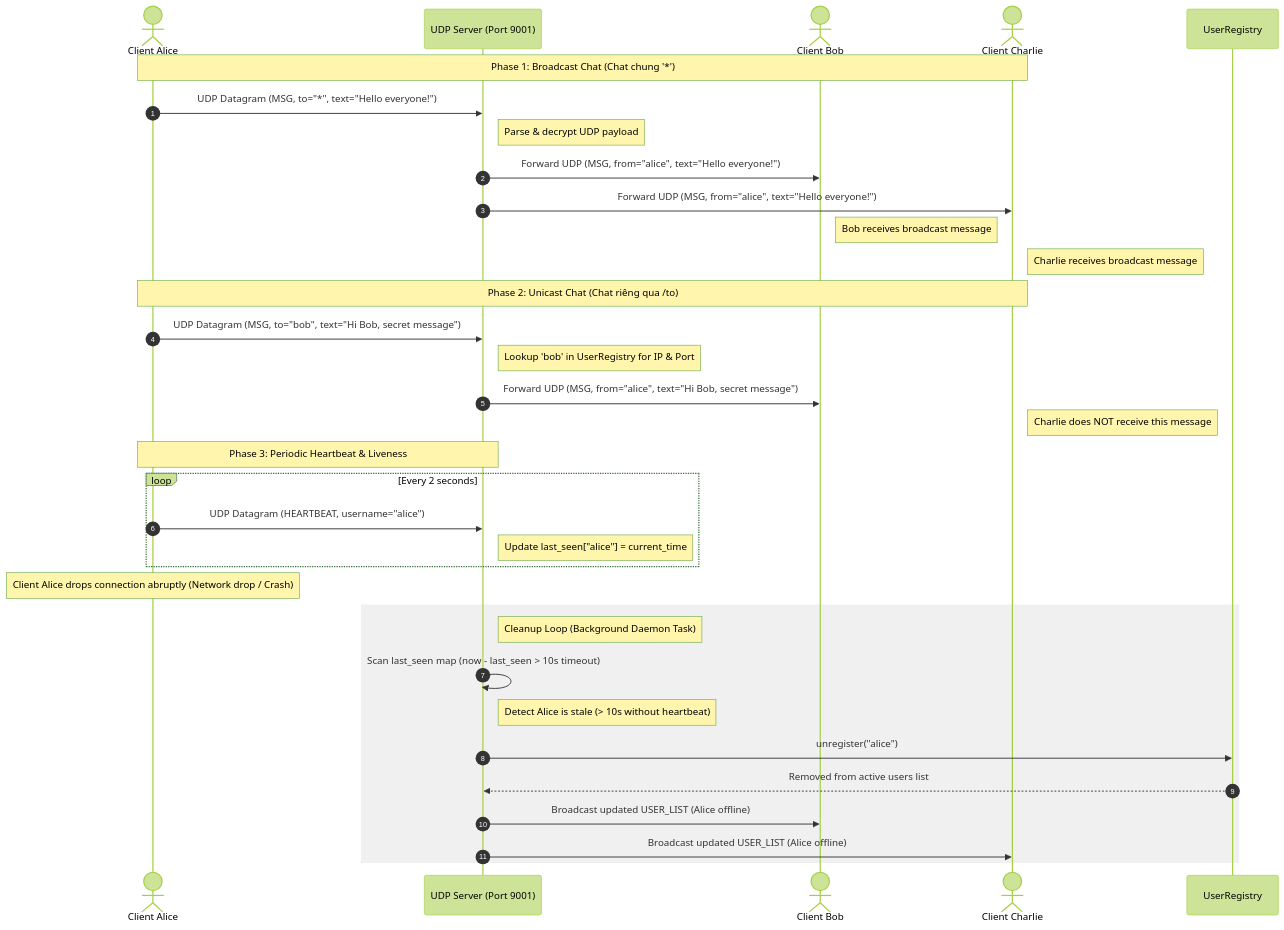
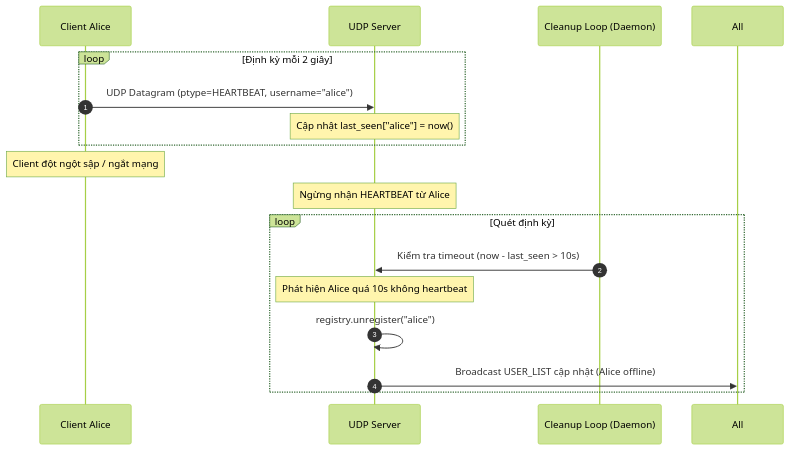
Before and after one commit to Smokiestfox/networking-app-assignment: the eighth of 8 diagrams in docs/protocol.md, drawn with Mermaid (forest theme). The commit also changed other lines of this file, not shown here.

````diff
--- a/docs/protocol.md
+++ b/docs/protocol.md
@@ -355,41 +384,22 @@
 ```mermaid
 sequenceDiagram
     autonumber
-    actor Alice as Client Alice
-    participant Server as UDP Server (Port 9001)
-    actor Bob as Client Bob
-    actor Charlie as Client Charlie
-    participant UserRegistry
+    participant Client as Client Alice
+    participant Server as UDP Server
+    participant CleanThread as Cleanup Loop (Daemon)
 
-    Note over Alice,Charlie: Phase 1: Broadcast Chat (Chat chung '*')
-    Alice->>Server: UDP Datagram (MSG, to="*", text="Hello everyone!")
-    Note right of Server: Parse & decrypt UDP payload
-    Server->>Bob: Forward UDP (MSG, from="alice", text="Hello everyone!")
-    Server->>Charlie: Forward UDP (MSG, from="alice", text="Hello everyone!")
-    Note right of Bob: Bob receives broadcast message
-    Note right of Charlie: Charlie receives broadcast message
-
-    Note over Alice,Charlie: Phase 2: Unicast Chat (Chat riêng qua /to)
-    Alice->>Server: UDP Datagram (MSG, to="bob", text="Hi Bob, secret message")
-    Note right of Server: Lookup 'bob' in UserRegistry for IP & Port
-    Server->>Bob: Forward UDP (MSG, from="alice", text="Hi Bob, secret message")
-    Note right of Charlie: Charlie does NOT receive this message
-
-    Note over Alice,Server: Phase 3: Periodic Heartbeat & Liveness
-    loop Every 2 seconds
-        Alice->>Server: UDP Datagram (HEARTBEAT, username="alice")
-        Note right of Server: Update last_seen["alice"] = current_time
+    loop Định kỳ mỗi 2 giây
+        Client->>Server: UDP Datagram (ptype=HEARTBEAT, username="alice")
+        Note over Server: Cập nhật last_seen["alice"] = now()
     end
 
-    Note over Alice: Client Alice drops connection abruptly (Network drop / Crash)
-    
-    rect rgb(240, 240, 240)
-        Note right of Server: Cleanup Loop (Background Daemon Task)
-        Server->>Server: Scan last_seen map (now - last_seen > 10s timeout)
-        Note right of Server: Detect Alice is stale (> 10s without heartbeat)
-        Server->>UserRegistry: unregister("alice")
-        UserRegistry-->>Server: Removed from active users list
-        Server->>Bob: Broadcast updated USER_LIST (Alice offline)
-        Server->>Charlie: Broadcast updated USER_LIST (Alice offline)
+    Note over Client: Client đột ngột sập / ngắt mạng
+    Note over Server: Ngừng nhận HEARTBEAT từ Alice
+
+    loop Quét định kỳ
+        CleanThread->>Server: Kiểm tra timeout (now - last_seen > 10s)
+        Note over Server: Phát hiện Alice quá 10s không heartbeat
+        Server->>Server: registry.unregister("alice")
+        Server->>All: Broadcast USER_LIST cập nhật (Alice offline)
     end
 ```
````
